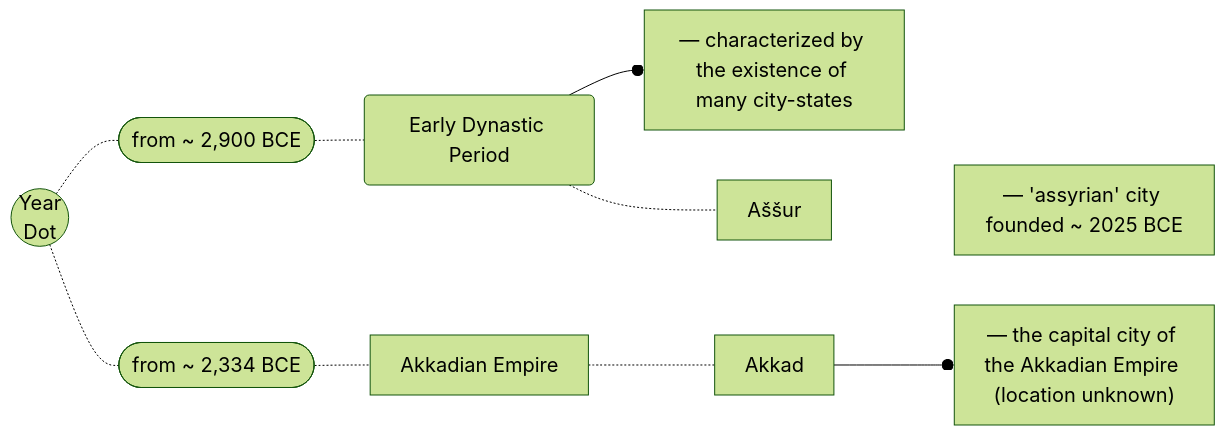
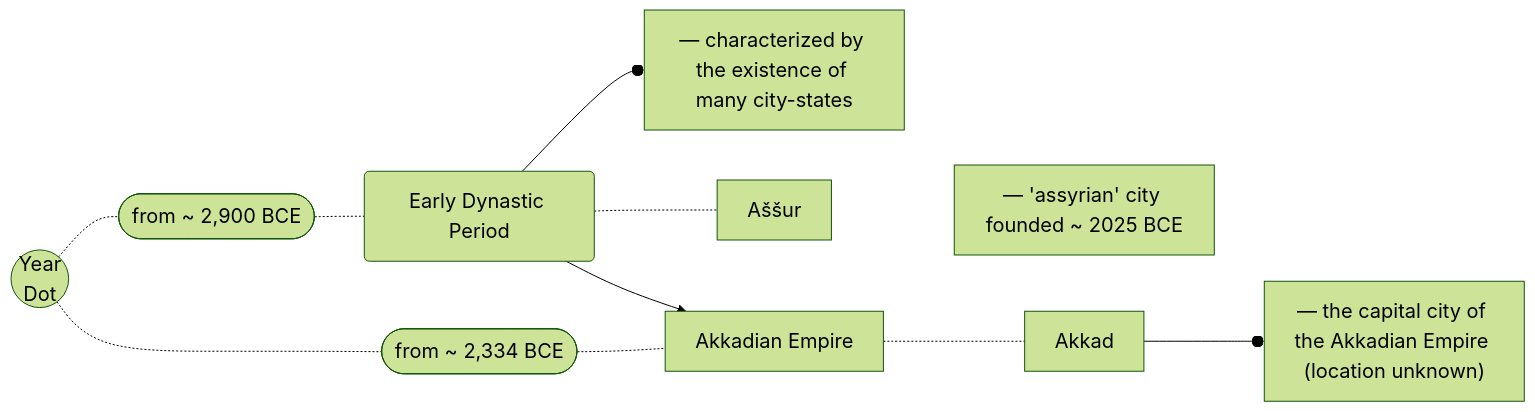
One commit to joe-dorward/samples changed the first of 3 diagrams in buttons_mermaid_v4.md. Above: the diagram before and after it, drawn with Mermaid.

````diff
--- a/buttons_mermaid_v4.md
+++ b/buttons_mermaid_v4.md
@@ -1,42 +1,46 @@
 ```mermaid
 %%{
   init: {
     'theme': 'forest',
     'themeVariables': {
       'fontSize':'15pt'
     }
   }
 }%%
 flowchart LR
 
 %%classDef Node fill:cornsilk, stroke:saddlebrown, color:saddlebrown, line-height:150%, margin:0px, padding:0px;
 classDef Note fill:white, stroke:white, text-align:left, font-size:13pt, width:350px, margin:-5px, padding:150px  ;
 %% ---------- ---------- ---------- ---------- ---------- ---------- ---------- ---------- ---------- ----------
   YEAR_DOT(("Year<br>Dot"))
 
   2900([from ~ 2,900 BCE])
     EARLY_DYNASTIC_PERIOD(Early Dynastic Period)
     click EARLY_DYNASTIC_PERIOD "https://en.wikipedia.org/wiki/Early_Dynastic_Period_(Mesopotamia)" _blank
     EARLY_DYNASTIC_PERIOD_NOTE[#151; characterized by the existence of many city-states]
 
     ASSUR_01[Aššur]
     ASSUR_01_NOTE[#151; 'assyrian' city founded ~ 2025 BCE]
     click ASSUR_01 "https://en.wikipedia.org/wiki/Assur" _blank
 
 
 
 
   2334([from ~ 2,334 BCE])
     AKKADIAN_EMPIRE[Akkadian Empire]
     click AKKADIAN_EMPIRE "https://en.wikipedia.org/wiki/Akkadian_Empire" _blank
 
     AKKAD[Akkad]
     AKKAD_NOTE["#151; the capital city of the Akkadian Empire (location unknown)"]
 
 
   YEAR_DOT-.-2900-.-EARLY_DYNASTIC_PERIOD--oEARLY_DYNASTIC_PERIOD_NOTE
                     EARLY_DYNASTIC_PERIOD-.-ASSUR_01~~~ASSUR_01_NOTE
 
   YEAR_DOT-.-2334-.-AKKADIAN_EMPIRE
                     AKKADIAN_EMPIRE-.-AKKAD--oAKKAD_NOTE
+
+
+EARLY_DYNASTIC_PERIOD-->AKKADIAN_EMPIRE
+
 ```
````
